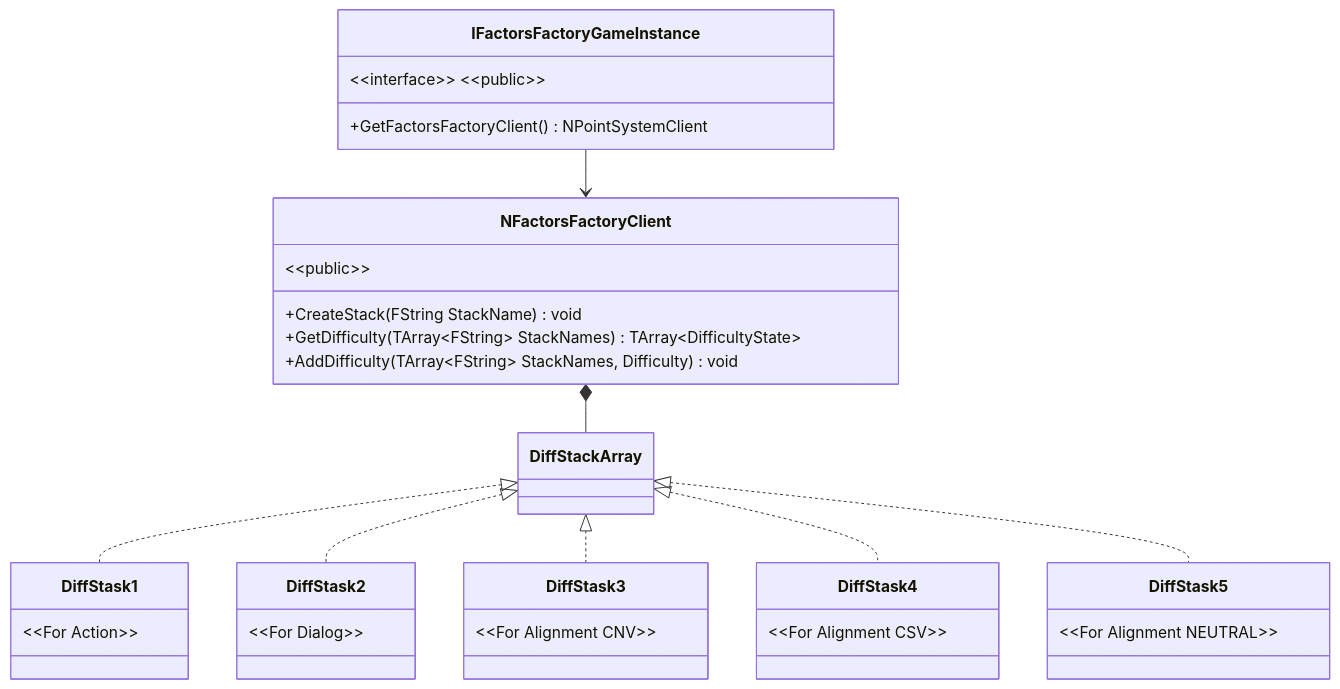
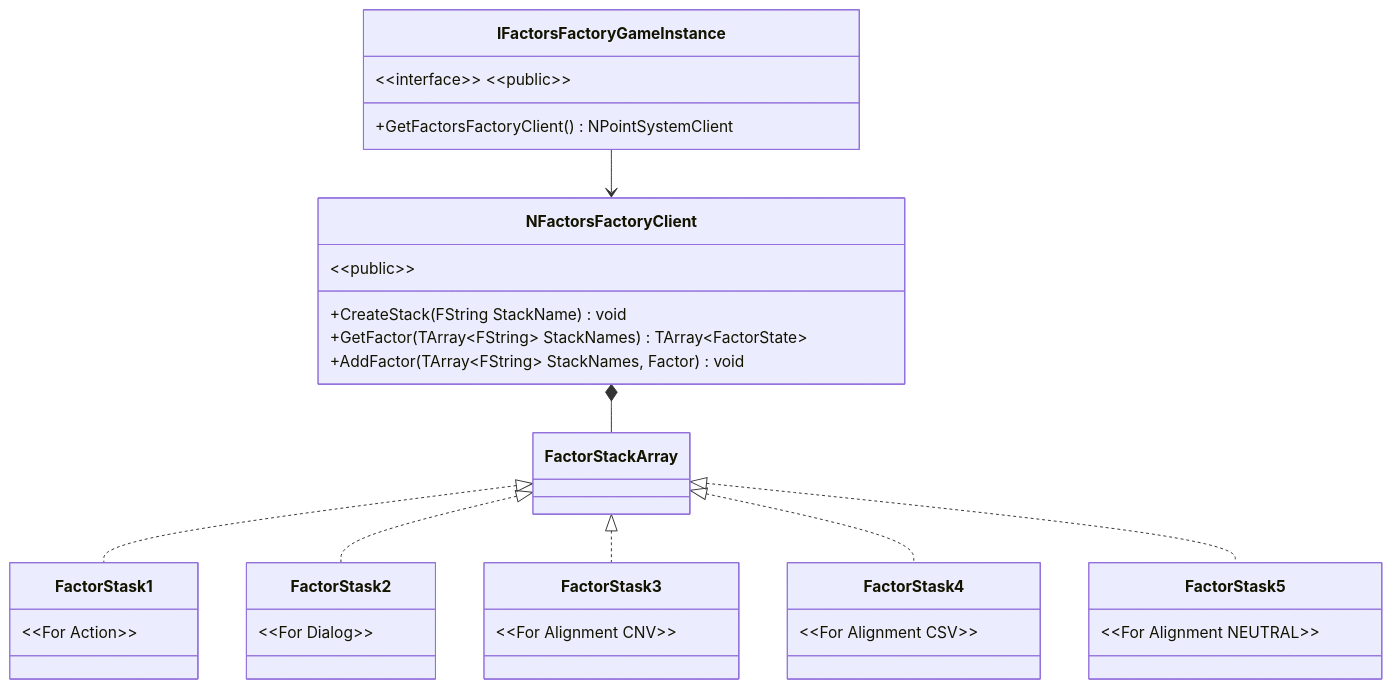
Before and after one commit to NansPellicari/UE4-FactorsFactory: the diagram in Docs/Core/mermaid/client.mmd, drawn with Mermaid. The commit also changed 51 other files, not shown here.

Commit message:
Rename Difficulty > Factor recursively

```diff
--- a/Docs/Core/mermaid/client.mmd
+++ b/Docs/Core/mermaid/client.mmd
@@ -1,36 +1,36 @@
 classDiagram
 IFactorsFactoryGameInstance --> NFactorsFactoryClient
-NFactorsFactoryClient *-- DiffStackArray
-DiffStackArray <|.. DiffStask1
-DiffStackArray <|.. DiffStask2
-DiffStackArray <|.. DiffStask3
-DiffStackArray <|.. DiffStask4
-DiffStackArray <|.. DiffStask5
+NFactorsFactoryClient *-- FactorStackArray
+FactorStackArray <|.. FactorStask1
+FactorStackArray <|.. FactorStask2
+FactorStackArray <|.. FactorStask3
+FactorStackArray <|.. FactorStask4
+FactorStackArray <|.. FactorStask5
 
-class DiffStask1 {
+class FactorStask1 {
     &lt;&lt;For Action&gt;&gt;
 }
-class DiffStask2 {
+class FactorStask2 {
     &lt;&lt;For Dialog&gt;&gt;
 }
-class DiffStask3 {
+class FactorStask3 {
     &lt;&lt;For Alignment CNV&gt;&gt;
 }
-class DiffStask4 {
+class FactorStask4 {
     &lt;&lt;For Alignment CSV&gt;&gt;
 }
-class DiffStask5 {
+class FactorStask5 {
     &lt;&lt;For Alignment NEUTRAL&gt;&gt;
 }
 
 class IFactorsFactoryGameInstance {
     &lt;&lt;interface&gt;&gt;  &lt;&lt;public&gt;&gt;
     +GetFactorsFactoryClient() NPointSystemClient
 }
 
 class NFactorsFactoryClient {
     &lt;&lt;public&gt;&gt;
     +CreateStack(FString StackName) void
-    +GetDifficulty(TArray&lt;FString&gt; StackNames) TArray&lt;DifficultyState&gt;
-    +AddDifficulty(TArray&lt;FString&gt; StackNames, Difficulty) void
+    +GetFactor(TArray&lt;FString&gt; StackNames) TArray&lt;FactorState&gt;
+    +AddFactor(TArray&lt;FString&gt; StackNames, Factor) void
 }
```
